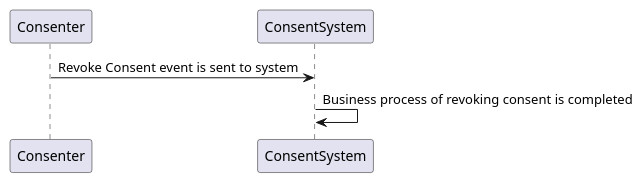
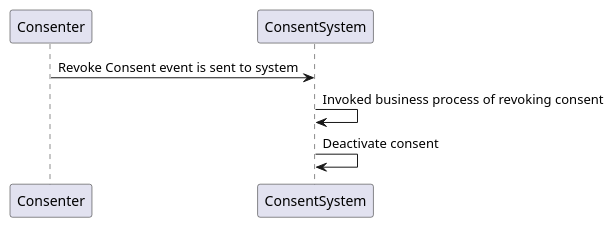
The diagram in input/images-source/revoke-consent-sequence.plantuml (HL7/fhir-consent-management), drawn with PlantUML before and after one commit. The commit also changed 6 other files, not shown here.

Commit message:
update to sequence diagrams to add more accuracy

```diff
--- a/input/images-source/revoke-consent-sequence.plantuml
+++ b/input/images-source/revoke-consent-sequence.plantuml
@@ -1,4 +1,5 @@
 @startuml
 Consenter -> ConsentSystem: Revoke Consent event is sent to system
-ConsentSystem -> ConsentSystem: Business process of revoking consent is completed
+ConsentSystem -> ConsentSystem: Invoked business process of revoking consent 
+ConsentSystem -> ConsentSystem: Deactivate consent
 @enduml
```
